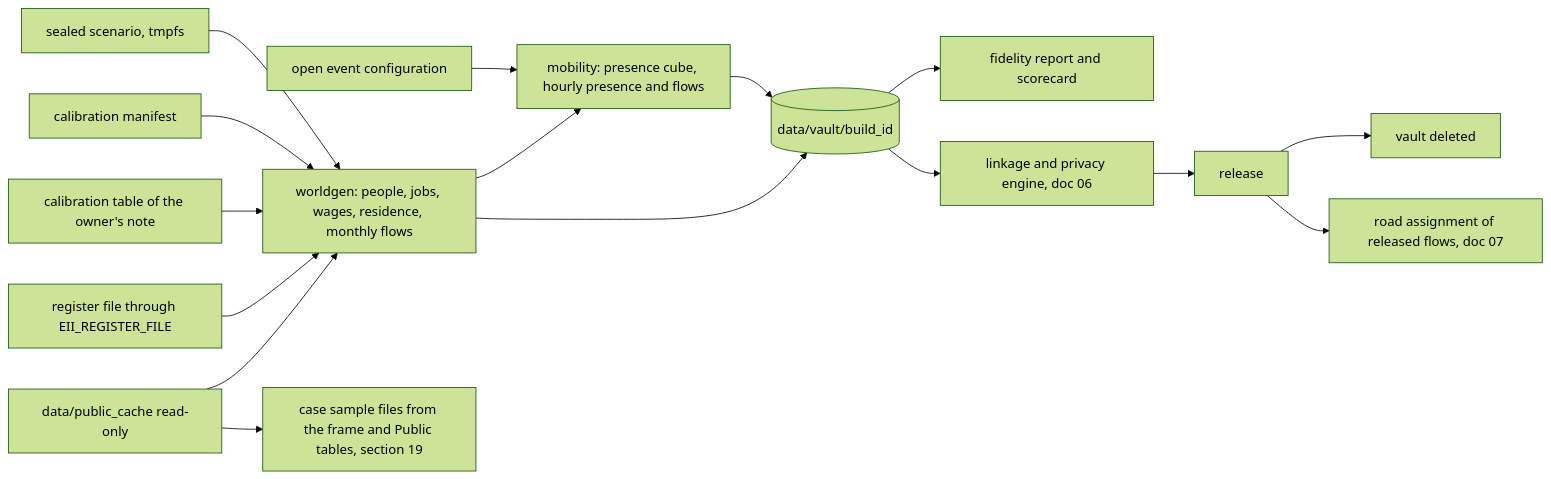
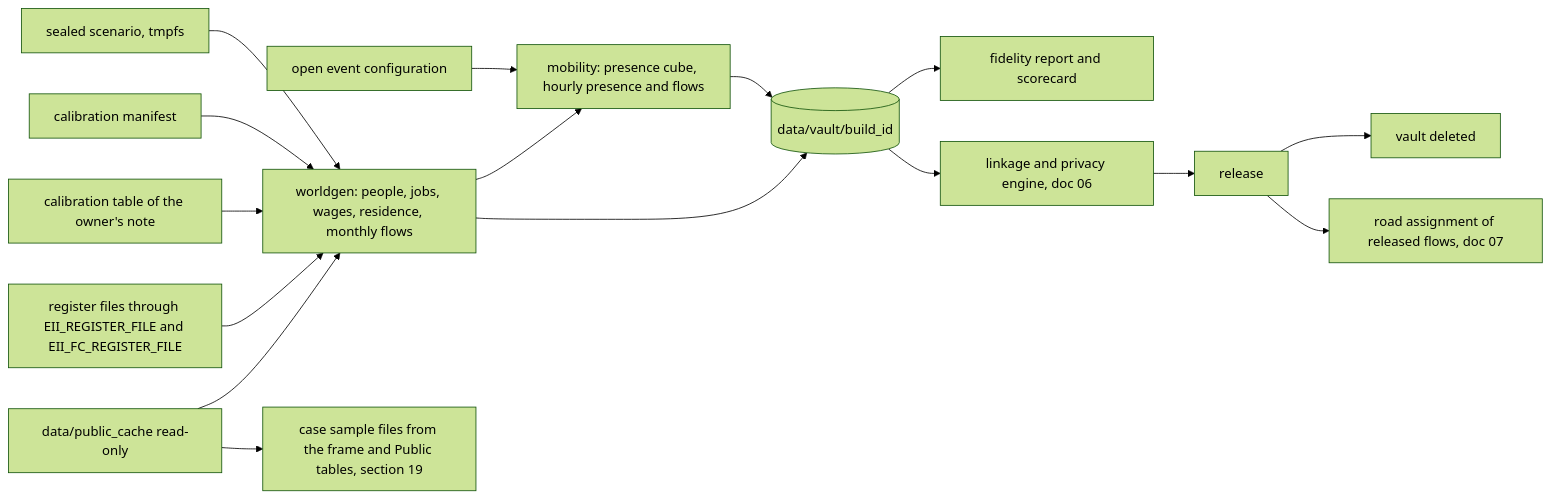
Before and after one commit to albarami/economic-investment-intelligence: the diagram in docs/05_SYNTHETIC_WORLD_AND_SIMULATION.md, drawn with Mermaid (forest theme). The commit also changed other lines of this file and 8 other files, not shown here.

````diff
--- a/docs/05_SYNTHETIC_WORLD_AND_SIMULATION.md
+++ b/docs/05_SYNTHETIC_WORLD_AND_SIMULATION.md
@@ -37,18 +37,18 @@
 ```mermaid
 flowchart LR
   PC[data/public_cache read-only] --> WG[worldgen: people, jobs, wages, residence, monthly flows]
-  RF[register file through EII_REGISTER_FILE] --> WG
+  RF[register files through EII_REGISTER_FILE and EII_FC_REGISTER_FILE] --> WG
   CT[calibration table of the owner's note] --> WG
   CM[calibration manifest] --> WG
   SC[sealed scenario, tmpfs] --> WG
   WG --> V[(data/vault/build_id)]
   WG --> MS[mobility: presence cube, hourly presence and flows]
   EC[open event configuration] --> MS
   MS --> V
   V --> FR[fidelity report and scorecard]
   V --> PE[linkage and privacy engine, doc 06]
   PE --> R[release]
   R --> DEL[vault deleted]
   R --> TA[road assignment of released flows, doc 07]
   PC --> CF[case sample files from the frame and Public tables, section 19]
 ```
````
